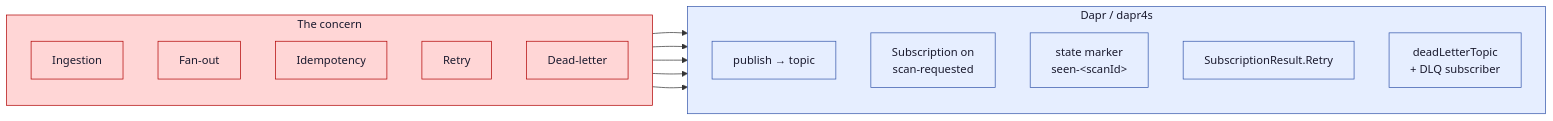
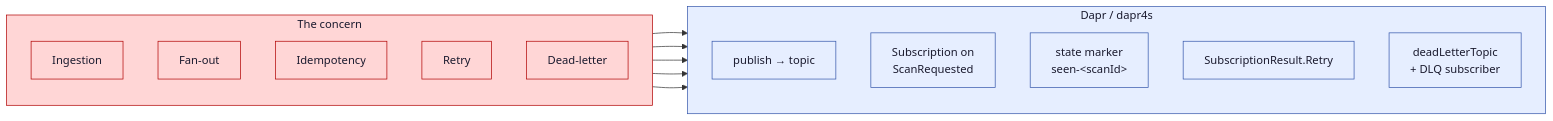
The eighth of 14 diagrams in SLIDES.md (sideeffffect/dapr4s-examples), drawn with Mermaid before and after one commit. The commit also changed other lines of this file and 19 other files, not shown here.

````diff
--- a/SLIDES.md
+++ b/SLIDES.md
@@ -1127,28 +1127,28 @@
 ```mermaid
 flowchart LR
   subgraph concerns["The concern"]
     direction TB
     I["Ingestion"]
     F["Fan-out"]
     ID["Idempotency"]
     RT["Retry"]
     DL["Dead-letter"]
   end
   subgraph dapr["Dapr / dapr4s"]
     direction TB
     PUB["publish → topic"]
-    SUB["Subscription on<br/>scan-requested"]
+    SUB["Subscription on<br/>ScanRequested"]
     STM["state marker<br/>seen-&lt;scanId&gt;"]
     RES["SubscriptionResult.Retry"]
     DLT["deadLetterTopic<br/>+ DLQ subscriber"]
   end
   I --> PUB
   F --> SUB
   ID --> STM
   RT --> RES
   DL --> DLT
   classDef cc fill:#ffd6d6,stroke:#b00000,color:#1a1a2e;
   classDef bb fill:#e6eeff,stroke:#3355aa,color:#1a1a2e;
   class concerns cc; class dapr bb;
   class I,F,ID,RT,DL cc; class PUB,SUB,STM,RES,DLT bb;
 ```
````
